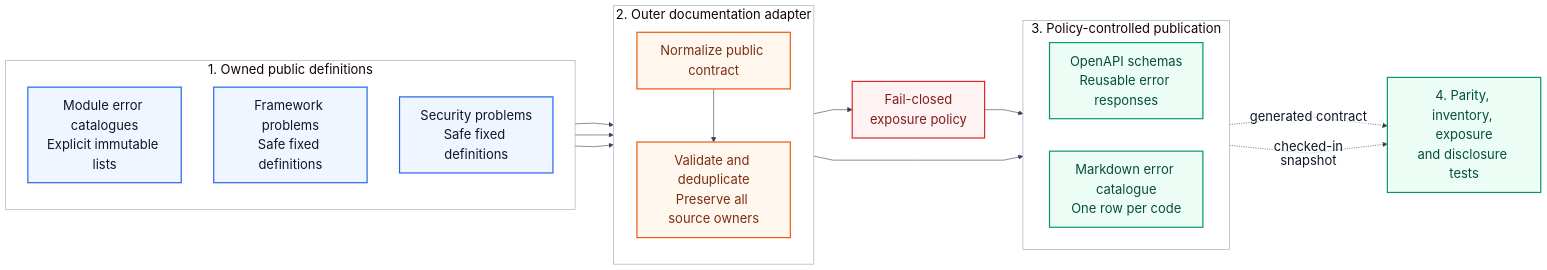
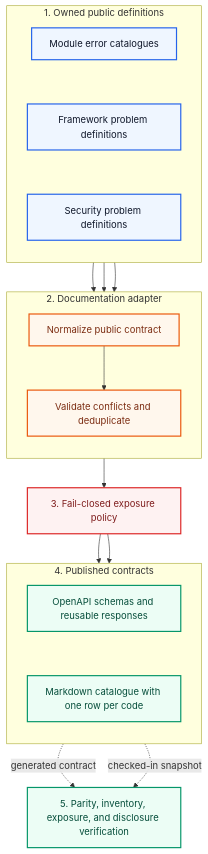
The diagram in docs/error-handling/work-items/KAN-43-openapi-error-catalogue/assets/error-contract-publication.mmd (kundankumar7/optrabidz), drawn with Mermaid before and after one commit. The commit also changed 4 other files, not shown here.

Commit message:
Simplify the error catalogue diagram (KAN-39)

```diff
--- a/docs/error-handling/work-items/KAN-43-openapi-error-catalogue/assets/error-contract-publication.mmd
+++ b/docs/error-handling/work-items/KAN-43-openapi-error-catalogue/assets/error-contract-publication.mmd
@@ -1,42 +1,45 @@
-%%{init: {"theme":"base","themeVariables":{"fontSize":"22px","fontFamily":"Arial, sans-serif","primaryColor":"#EFF6FF","primaryTextColor":"#0F172A","primaryBorderColor":"#2563EB","lineColor":"#334155","secondaryColor":"#F8FAFC","tertiaryColor":"#ECFDF5","clusterBkg":"#FFFFFF","clusterBorder":"#94A3B8","edgeLabelBackground":"#FFFFFF"},"flowchart":{"htmlLabels":false,"curve":"linear","nodeSpacing":55,"rankSpacing":65}}}%%
-flowchart LR
-    subgraph SOURCES[1. Owned public definitions]
+flowchart TB
+    accTitle: Public error contract publication architecture
+    accDescr: Module, framework, and security definitions are normalized and deduplicated, filtered by a fail-closed exposure policy, published to OpenAPI and Markdown, and checked for parity, inventory, exposure, and disclosure.
+
+    subgraph SOURCES["1. Owned public definitions"]
         direction TB
-        M[Module error catalogues<br/>Explicit immutable lists]
-        F[Framework problems<br/>Safe fixed definitions]
-        S[Security problems<br/>Safe fixed definitions]
+        Module["Module error catalogues"]
+        Framework["Framework problem definitions"]
+        Security["Security problem definitions"]
+        Module ~~~ Framework ~~~ Security
     end
 
-    subgraph ADAPTER[2. Outer documentation adapter]
+    subgraph ADAPTER["2. Documentation adapter"]
         direction TB
-        N[Normalize public contract]
-        D[Validate and deduplicate<br/>Preserve all source owners]
-        N --> D
+        Normalize["Normalize public contract"] --> Validate["Validate conflicts and deduplicate"]
     end
 
-    subgraph OUTPUTS[3. Policy-controlled publication]
-        direction LR
-        O[OpenAPI schemas<br/>Reusable error responses]
-        C[Markdown error catalogue<br/>One row per code]
+    Policy["3. Fail-closed exposure policy"]
+
+    subgraph OUTPUTS["4. Published contracts"]
+        direction TB
+        OpenApi["OpenAPI schemas and reusable responses"]
+        Markdown["Markdown catalogue with one row per code"]
+        OpenApi ~~~ Markdown
     end
 
-    P[4. Parity, inventory, exposure<br/>and disclosure tests]
+    Tests["5. Parity, inventory, exposure, and disclosure verification"]
 
-    M --> N
-    F --> N
-    S --> N
-    D --> G
-    G --> O
-    D --> C
-    G[Fail-closed<br/>exposure policy]
-    O -. generated contract .-> P
-    C -. checked-in snapshot .-> P
+    Module --> Normalize
+    Framework --> Normalize
+    Security --> Normalize
+    Validate --> Policy
+    Policy --> OpenApi
+    Policy --> Markdown
+    OpenApi -. "generated contract" .-> Tests
+    Markdown -. "checked-in snapshot" .-> Tests
 
     classDef source fill:#EFF6FF,stroke:#2563EB,color:#0F172A,stroke-width:2px;
     classDef adapter fill:#FFF7ED,stroke:#EA580C,color:#7C2D12,stroke-width:2px;
     classDef output fill:#ECFDF5,stroke:#059669,color:#064E3B,stroke-width:2px;
     classDef security fill:#FEF2F2,stroke:#DC2626,color:#7F1D1D,stroke-width:2px;
-    class M,F,S source;
-    class N,D adapter;
-    class O,C,P output;
-    class G security;
+    class Module,Framework,Security source;
+    class Normalize,Validate adapter;
+    class OpenApi,Markdown,Tests output;
+    class Policy security;
```
